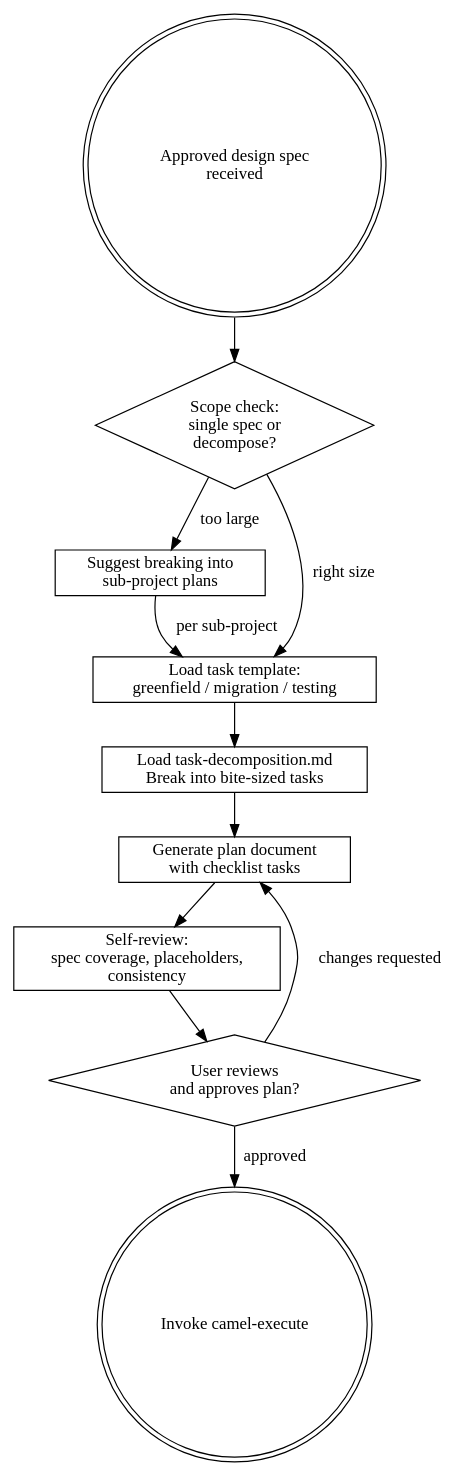
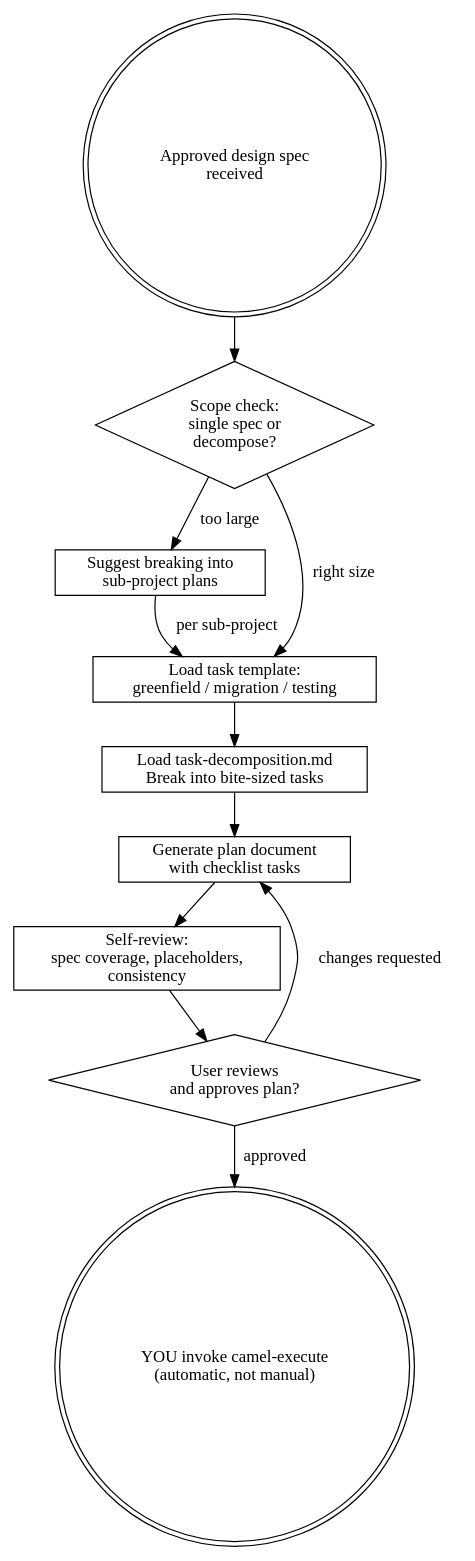
One commit to luigidemasi/camel-kit changed the diagram in camel-kit-core/src/main/resources/skills/camel-plan/SKILL.md. Above: the diagram before and after it, drawn with Graphviz. The commit also changed other lines of this file and 14 other files, not shown here.

````diff
--- a/camel-kit-core/src/main/resources/skills/camel-plan/SKILL.md
+++ b/camel-kit-core/src/main/resources/skills/camel-plan/SKILL.md
@@ -25,26 +25,26 @@
 ```dot
 digraph plan {
     rankdir=TB;
     
     start [label="Approved design spec\nreceived", shape=doublecircle];
     scope [label="Scope check:\nsingle spec or\ndecompose?", shape=diamond];
     decompose [label="Suggest breaking into\nsub-project plans", shape=box];
     load_template [label="Load task template:\ngreenfield / migration / testing", shape=box];
     decompose_tasks [label="Load task-decomposition.md\nBreak into bite-sized tasks", shape=box];
     generate [label="Generate plan document\nwith checklist tasks", shape=box];
     self_review [label="Self-review:\nspec coverage, placeholders,\nconsistency", shape=box];
     user_approve [label="User reviews\nand approves plan?", shape=diamond];
-    execute [label="Invoke camel-execute", shape=doublecircle];
+    execute [label="YOU invoke camel-execute\n(automatic, not manual)", shape=doublecircle];
     
     start -> scope;
     scope -> decompose [label="too large"];
     scope -> load_template [label="right size"];
     decompose -> load_template [label="per sub-project"];
     load_template -> decompose_tasks;
     decompose_tasks -> generate;
     generate -> self_review;
     self_review -> user_approve;
     user_approve -> generate [label="changes requested"];
     user_approve -> execute [label="approved"];
 }
 ```
````
